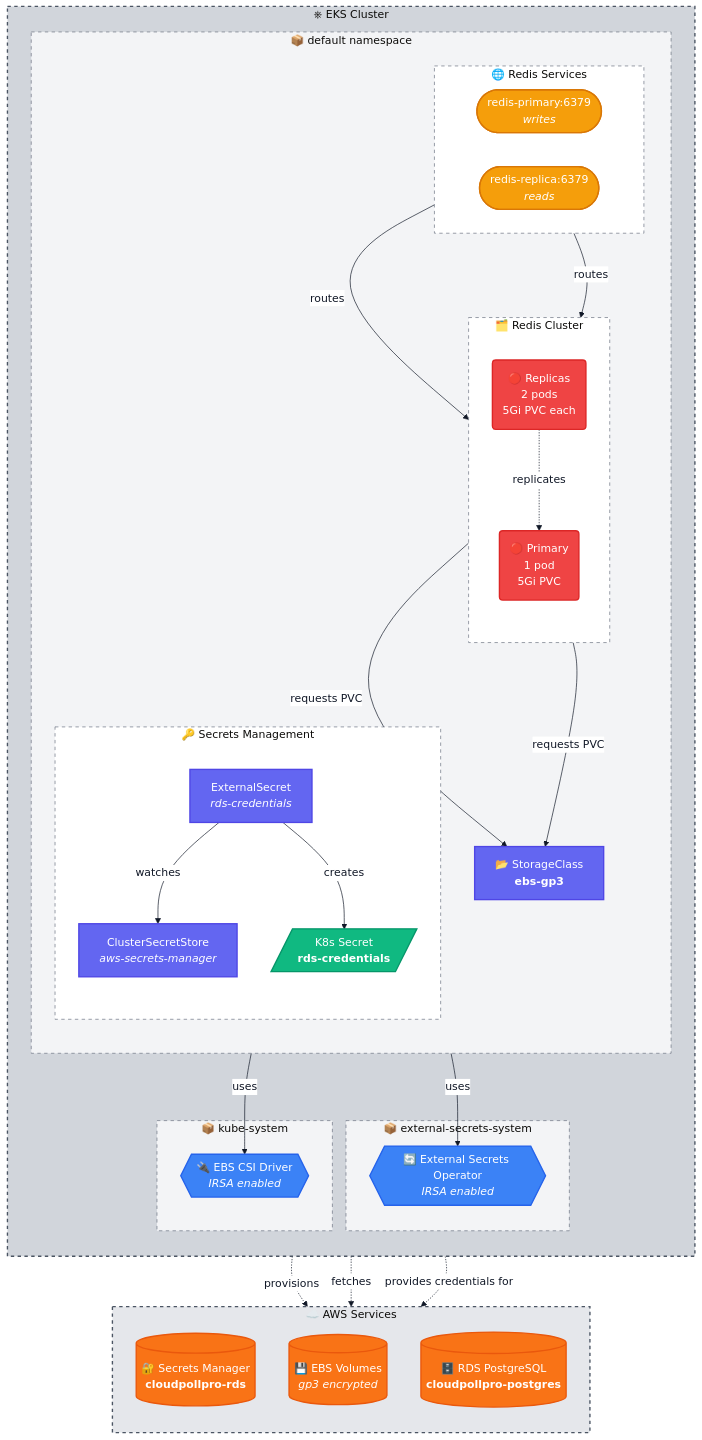
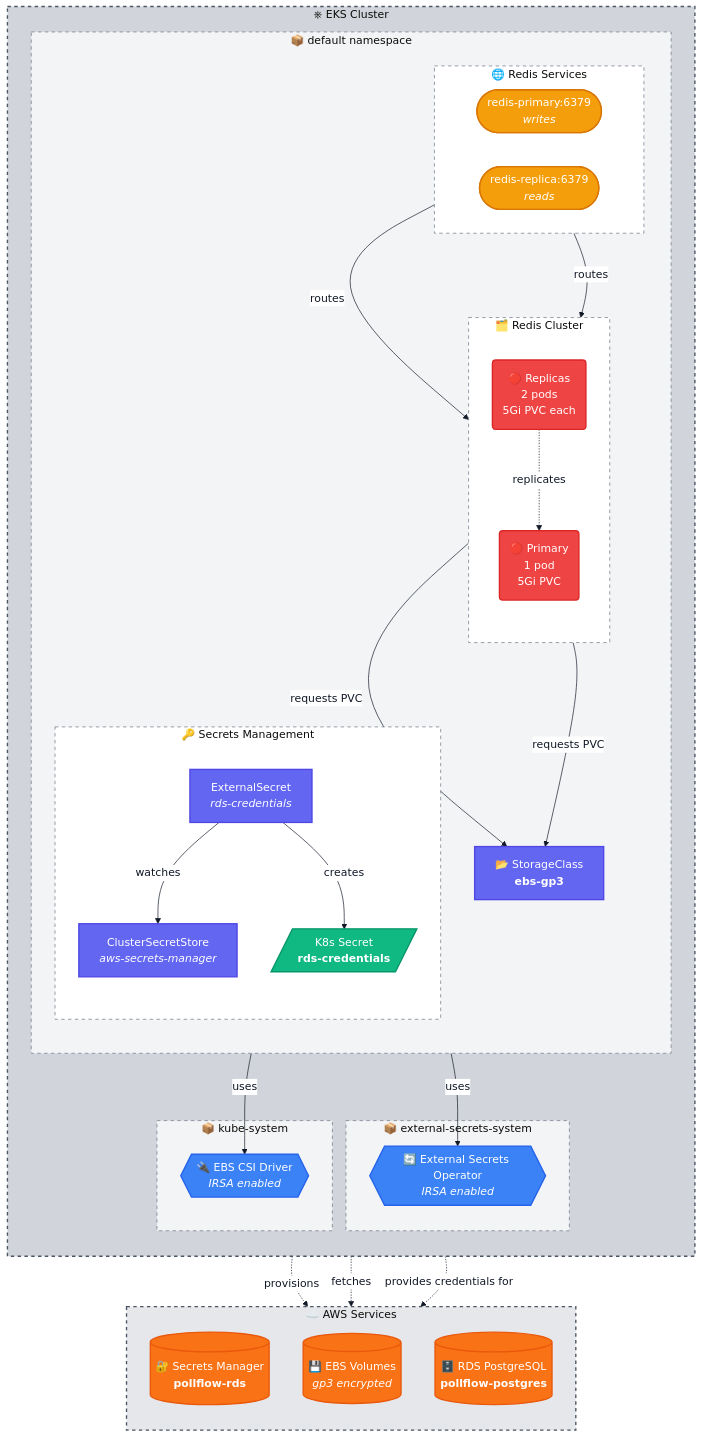
The first of 2 diagrams in k8s/README.md (aviyadeveloper/pollflow), drawn with Mermaid before and after one commit. The commit also changed other lines of this file and 36 other files, not shown here.

Commit message:
chore: change cloudpollpro project name to pollflow

```diff
--- a/k8s/README.md
+++ b/k8s/README.md
@@ -30,9 +30,9 @@
 graph TB
     subgraph AWS["☁️ AWS Services"]
         direction TB
-        SM[("🔐 Secrets Manager<br/><b>cloudpollpro-rds</b>")]
+        SM[("🔐 Secrets Manager<br/><b>pollflow-rds</b>")]
         EBS[("💾 EBS Volumes<br/><i>gp3 encrypted</i>")]
-        RDS[("🗄️ RDS PostgreSQL<br/><b>cloudpollpro-postgres</b>")]
+        RDS[("🗄️ RDS PostgreSQL<br/><b>pollflow-postgres</b>")]
     end
 
     subgraph K8S["⎈ EKS Cluster"]
```
